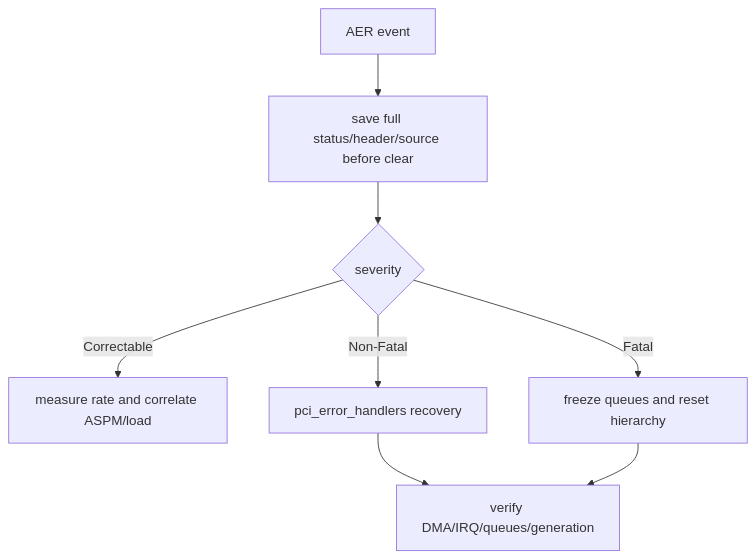
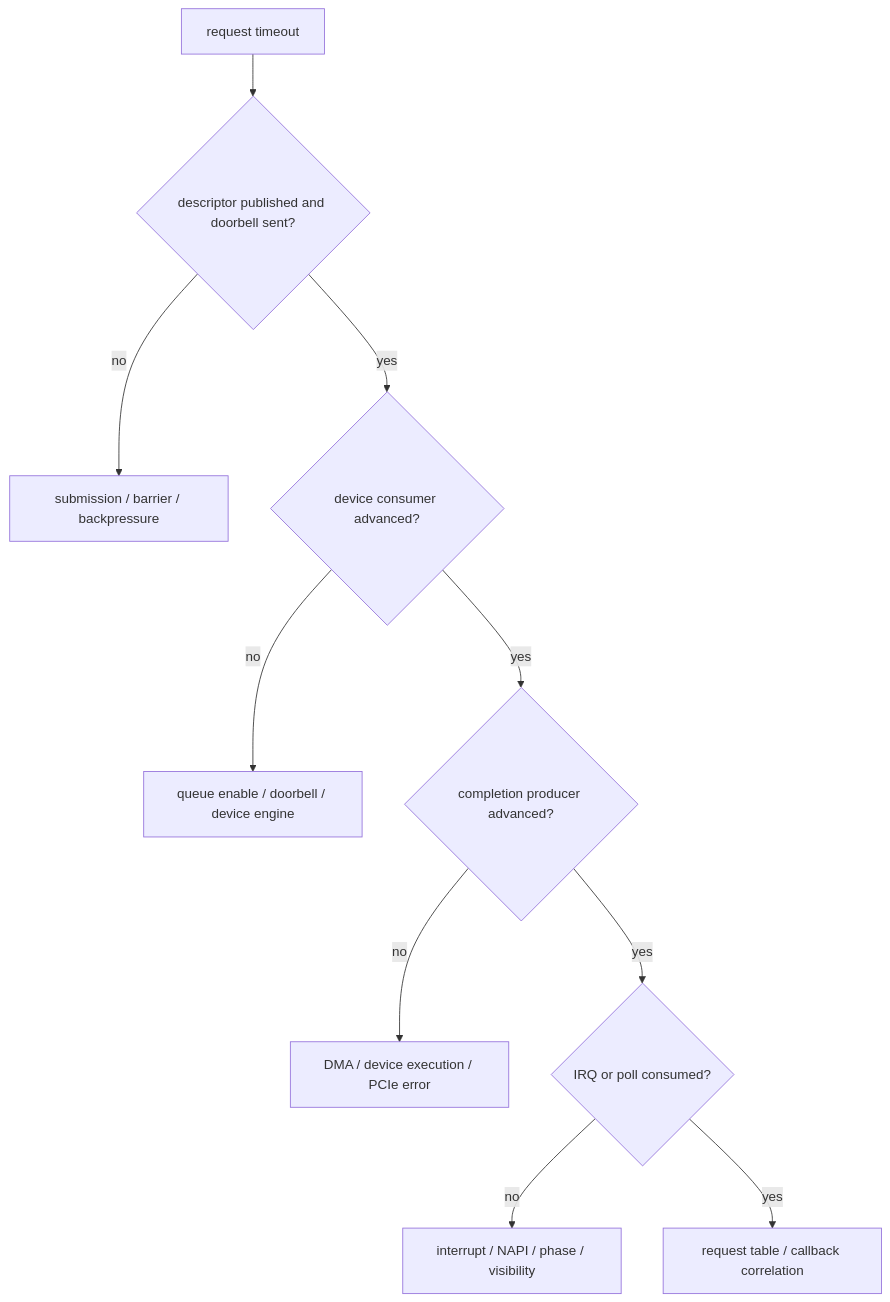
One commit to cdragon-ljl/EEandEdgeAI changed the third of 3 diagrams in docs/articles/pcie/pci-18-system-debug-lspci-aer-iommu.md. Above: the diagram before and after it, drawn with Mermaid. The commit also changed other lines of this file and 4 other files, not shown here.

````diff
--- a/docs/articles/pcie/pci-18-system-debug-lspci-aer-iommu.md
+++ b/docs/articles/pcie/pci-18-system-debug-lspci-aer-iommu.md
@@ -238,10 +127,12 @@
 ```mermaid
 flowchart TD
-    A[AER event] --> SAVE[save full status/header/source before clear]
-    SAVE --> SEV{severity}
-    SEV -- Correctable --> RATE[measure rate and correlate ASPM/load]
-    SEV -- Non-Fatal --> REC[pci_error_handlers recovery]
-    SEV -- Fatal --> FREEZE[freeze queues and reset hierarchy]
-    REC --> VERIFY[verify DMA/IRQ/queues/generation]
-    FREEZE --> VERIFY
+    TO[request timeout] --> SUB{descriptor published and doorbell sent?}
+    SUB -- no --> CPU[submission / barrier / backpressure]
+    SUB -- yes --> HW{device consumer advanced?}
+    HW -- no --> DEV[queue enable / doorbell / device engine]
+    HW -- yes --> CQ{completion producer advanced?}
+    CQ -- no --> EXEC[DMA / device execution / PCIe error]
+    CQ -- yes --> NOTIFY{IRQ or poll consumed?}
+    NOTIFY -- no --> IRQ[interrupt / NAPI / phase / visibility]
+    NOTIFY -- yes --> SW[request table / callback correlation]
 ```
````
